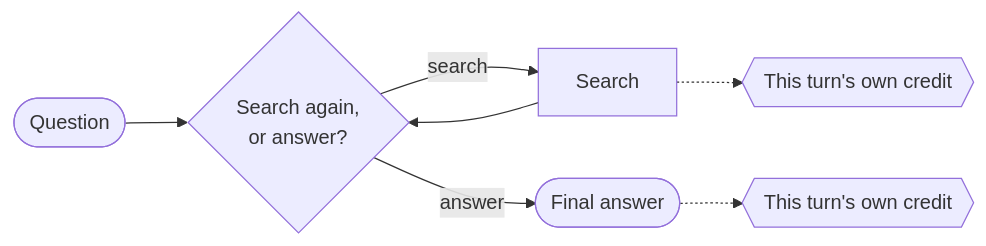
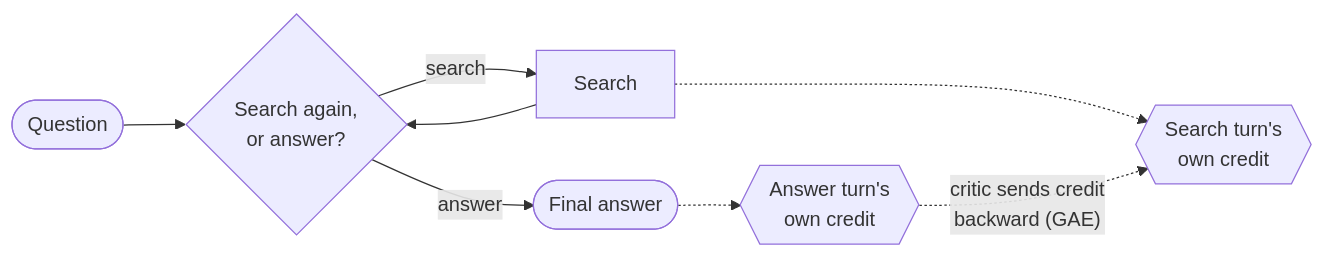
Before and after one commit to redswimmer/grpo-turn-level-rewards: the third of 3 diagrams in README.md, drawn with Mermaid. The commit also changed other lines of this file, not shown here.

First line of the commit message:
README: fix MT-PPO diagram mechanism, tag Results as GRPO-only, ground Result 4 in the paper's own numbers

````diff
--- a/README.md
+++ b/README.md
@@ -50,9 +50,10 @@
 ```mermaid
 flowchart LR
     Q3(["Question"]) --> D3{"Search again,<br/>or answer?"}
     D3 -- search --> S3["Search"]
     S3 --> D3
-    S3 -.-> R3a{{"This turn's own credit"}}
+    S3 -.-> R3a{{"Search turn's<br/>own credit"}}
     D3 -- answer --> A3(["Final answer"])
-    A3 -.-> R3b{{"This turn's own credit"}}
+    A3 -.-> R3b{{"Answer turn's<br/>own credit"}}
+    R3b -.->|"critic sends credit<br/>backward (GAE)"| R3a
 ```
````
